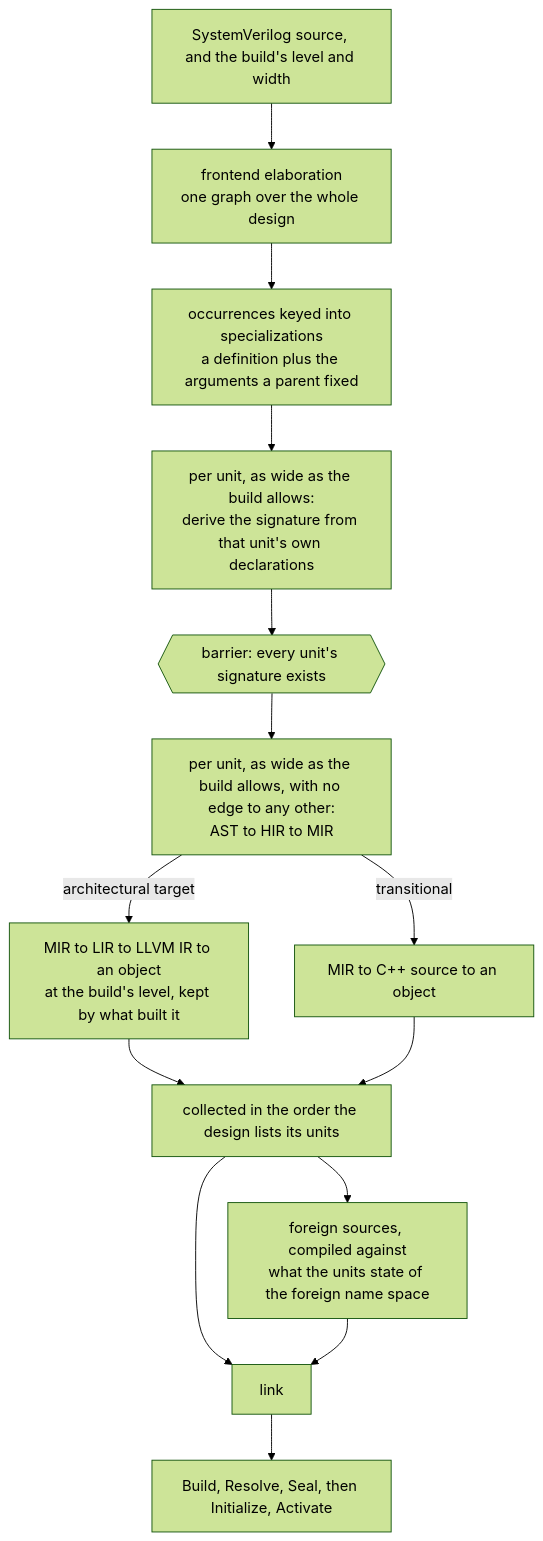
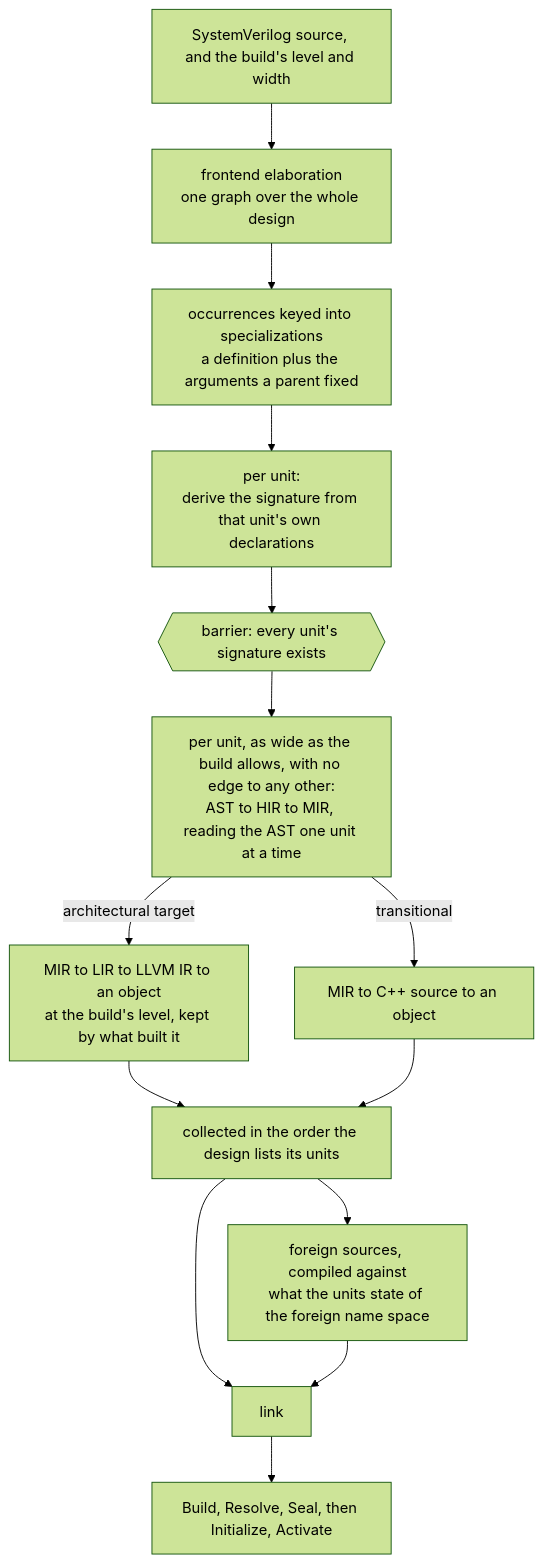
Before and after one commit to hankhsu1996/lyra: the diagram in docs/architecture/compiler_overview.md, drawn with Mermaid (forest theme). The commit also changed other lines of this file and 12 other files, not shown here.

First line of the commit message:
Lower each unit's bodies as its own first step (#1273)

````diff
--- a/docs/architecture/compiler_overview.md
+++ b/docs/architecture/compiler_overview.md
@@ -45,18 +45,18 @@
 ```mermaid
 flowchart TB
   SRC["SystemVerilog source, and the build's level and width"] --> FE["frontend elaboration<br/>one graph over the whole design"]
   FE --> SP["occurrences keyed into specializations<br/>a definition plus the arguments a parent fixed"]
 
-  SP --> D["per unit, as wide as the build allows:<br/>derive the signature from that unit's own declarations"]
+  SP --> D["per unit:<br/>derive the signature from that unit's own declarations"]
   D --> BAR{{"barrier: every unit's signature exists"}}
 
-  BAR --> U["per unit, as wide as the build allows, with no edge to any other:<br/>AST to HIR to MIR"]
+  BAR --> U["per unit, as wide as the build allows, with no edge to any other:<br/>AST to HIR to MIR, reading the AST one unit at a time"]
   U -->|"architectural target"| LIR["MIR to LIR to LLVM IR to an object<br/>at the build's level, kept by what built it"]
   U -->|"transitional"| CPP["MIR to C++ source to an object"]
   LIR --> COL["collected in the order the design lists its units"]
   CPP --> COL
   COL --> FGN["foreign sources, compiled against<br/>what the units state of the foreign name space"]
   COL --> LNK["link"]
   FGN --> LNK
   LNK --> RUN["Build, Resolve, Seal, then Initialize, Activate"]
 ```
````
